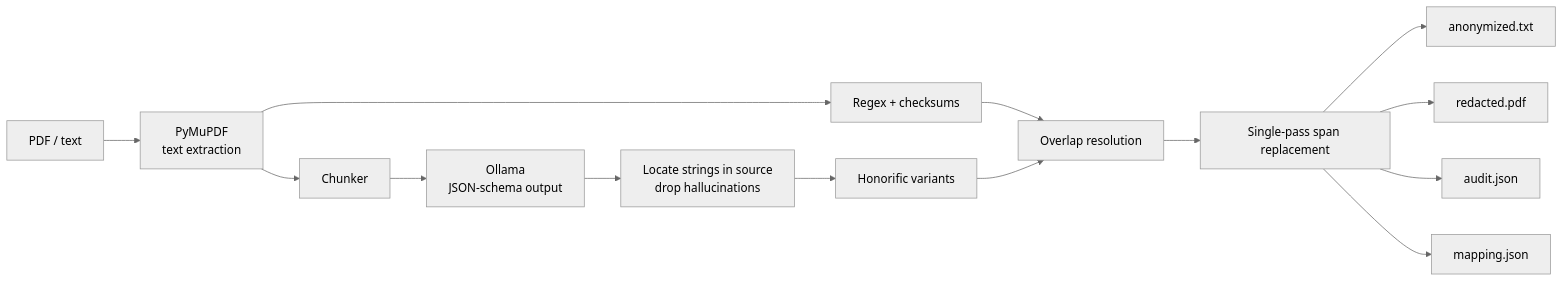
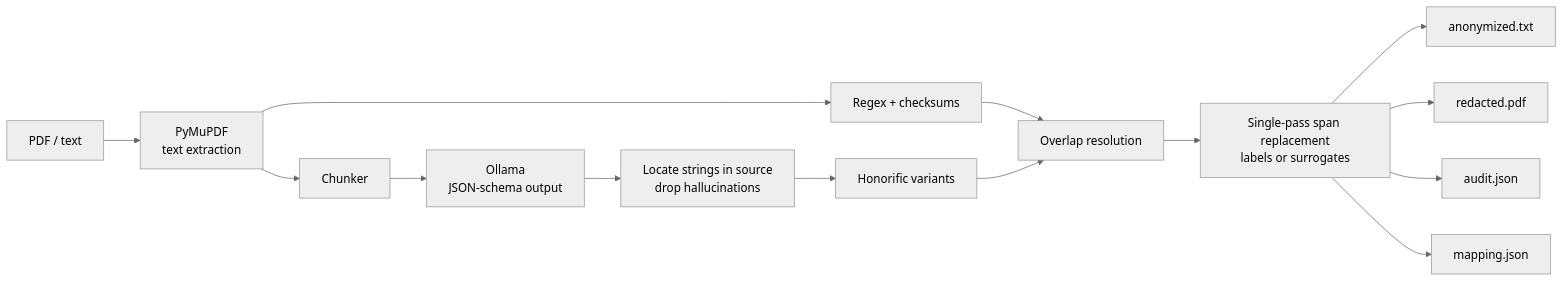
Before and after one commit to davidgj98/gdpr-vault: the diagram in README.md, drawn with Mermaid (neutral theme). The commit also changed other lines of this file and 12 other files, not shown here.

````diff
--- a/README.md
+++ b/README.md
@@ -87,14 +95,14 @@
 ```mermaid
 flowchart LR
     A[PDF / text] --> B[PyMuPDF<br/>text extraction]
     B --> C[Regex + checksums]
     B --> D[Chunker] --> E[Ollama<br/>JSON-schema output]
     E --> F[Locate strings in source<br/>drop hallucinations]
     F --> G[Honorific variants]
     C & G --> H[Overlap resolution]
-    H --> I[Single-pass span replacement]
+    H --> I[Single-pass span replacement<br/>labels or surrogates]
     I --> J[anonymized.txt]
     I --> K[redacted.pdf]
     I --> L[audit.json]
     I --> M[mapping.json]
 ```
````
